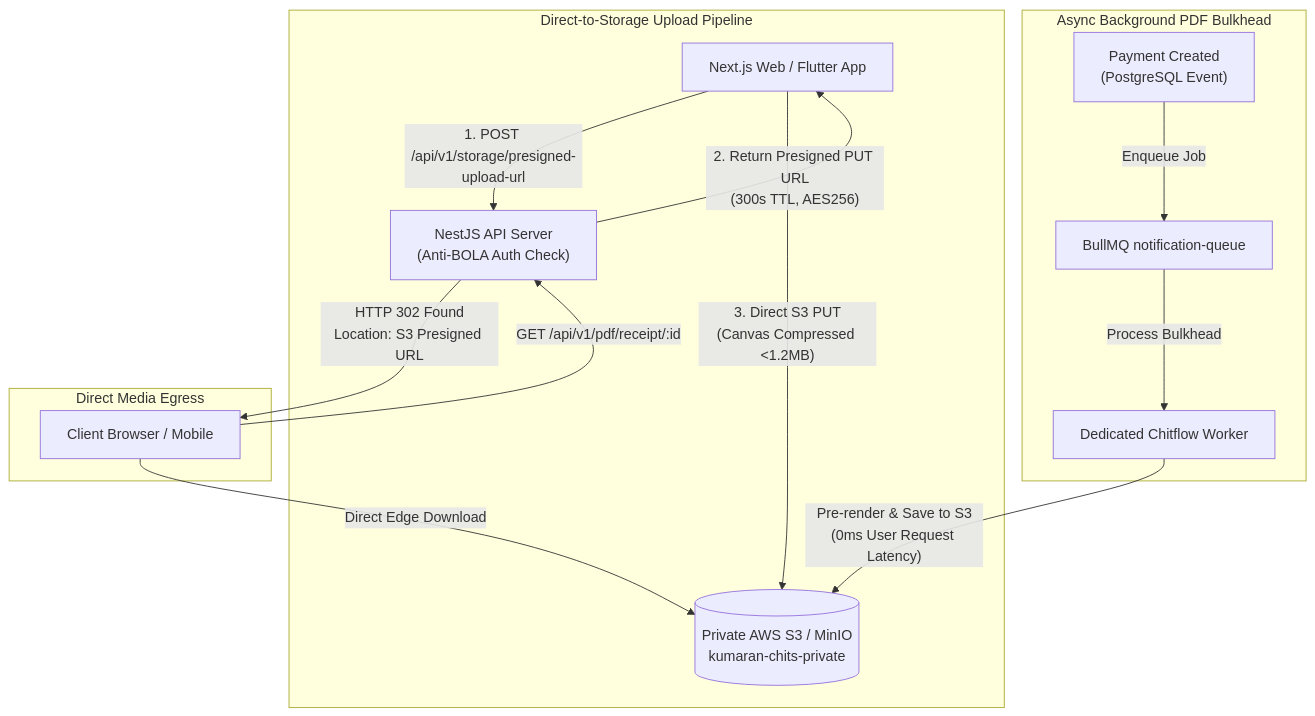
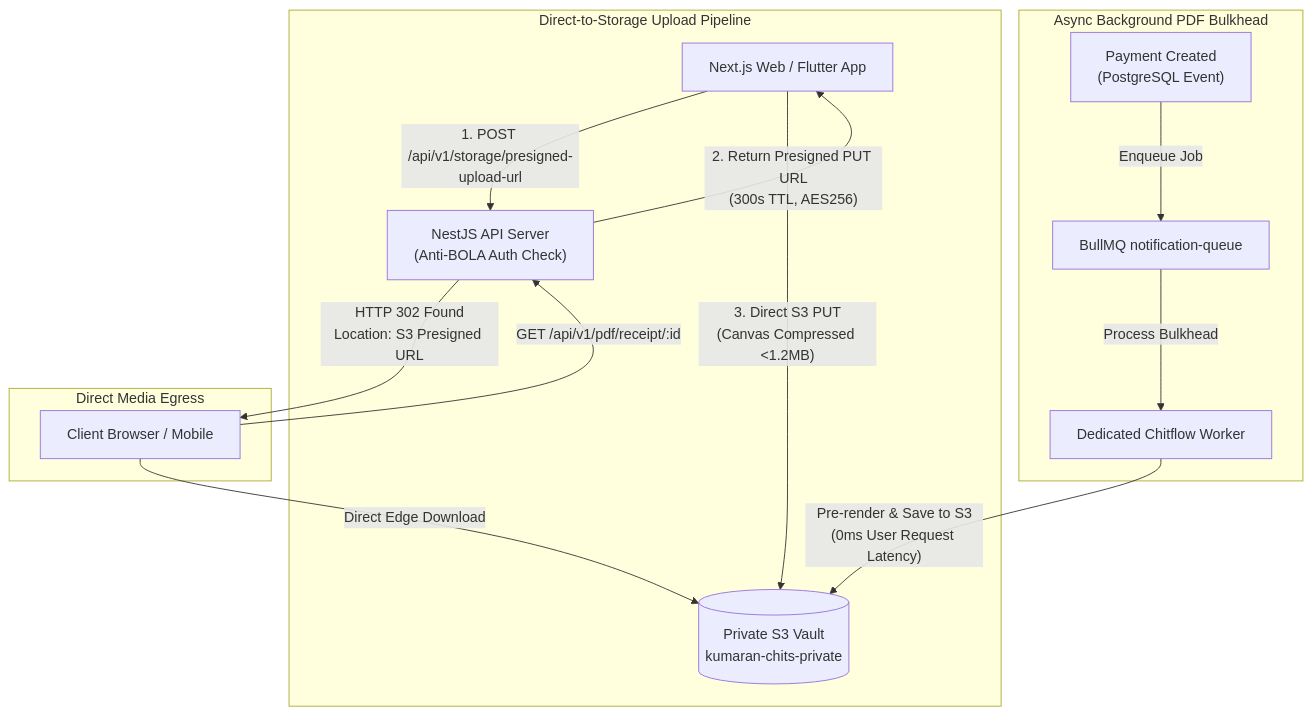
Before and after one commit to Kathir-24/Kumaran-finance: the third of 3 diagrams in docs/03-architecture/document-and-storage-architecture.md, drawn with Mermaid. The commit also changed other lines of this file and 34 other files, not shown here.

First line of the commit message:
docs(infra): establish flat-fee linux vps and cloudflare r2 as primary deployment architecture

````diff
--- a/docs/03-architecture/document-and-storage-architecture.md
+++ b/docs/03-architecture/document-and-storage-architecture.md
@@ -388,20 +388,20 @@
 ```mermaid
 flowchart TD
     subgraph UPLOAD["Direct-to-Storage Upload Pipeline"]
         C1["Next.js Web / Flutter App"] -->|"1. POST /api/v1/storage/presigned-upload-url"| API["NestJS API Server\n(Anti-BOLA Auth Check)"]
         API -->|"2. Return Presigned PUT URL\n(300s TTL, AES256)"| C1
-        C1 -->|"3. Direct S3 PUT\n(Canvas Compressed <1.2MB)"| S3[("Private AWS S3 / MinIO\nkumaran-chits-private")]
+        C1 -->|"3. Direct S3 PUT\n(Canvas Compressed <1.2MB)"| S3[("Private S3 Vault\nkumaran-chits-private")]
     end
 
     subgraph ASYNC["Async Background PDF Bulkhead"]
         PAY["Payment Created\n(PostgreSQL Event)"] -->|"Enqueue Job"| QUEUE["BullMQ notification-queue"]
         QUEUE -->|"Process Bulkhead"| WRK["Dedicated Chitflow Worker"]
         WRK -->|"Pre-render & Save to S3\n(0ms User Request Latency)"| S3
     end
 
     subgraph EGRESS["Direct Media Egress"]
         C2["Client Browser / Mobile"] -->|"GET /api/v1/pdf/receipt/:id"| API
         API -->|"HTTP 302 Found\nLocation: S3 Presigned URL"| C2
         C2 -->|"Direct Edge Download"| S3
     end
 ```
````
